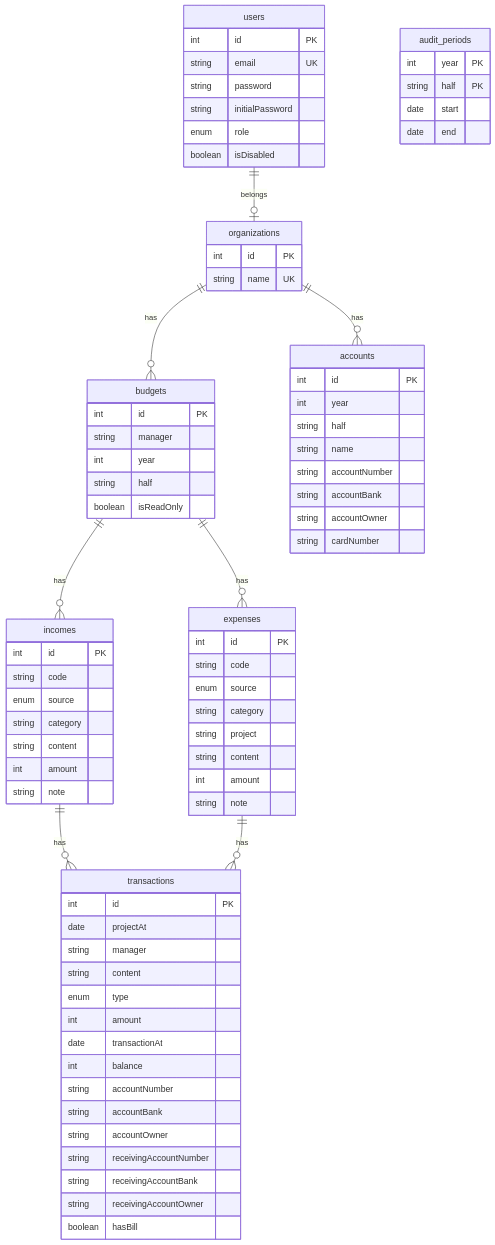
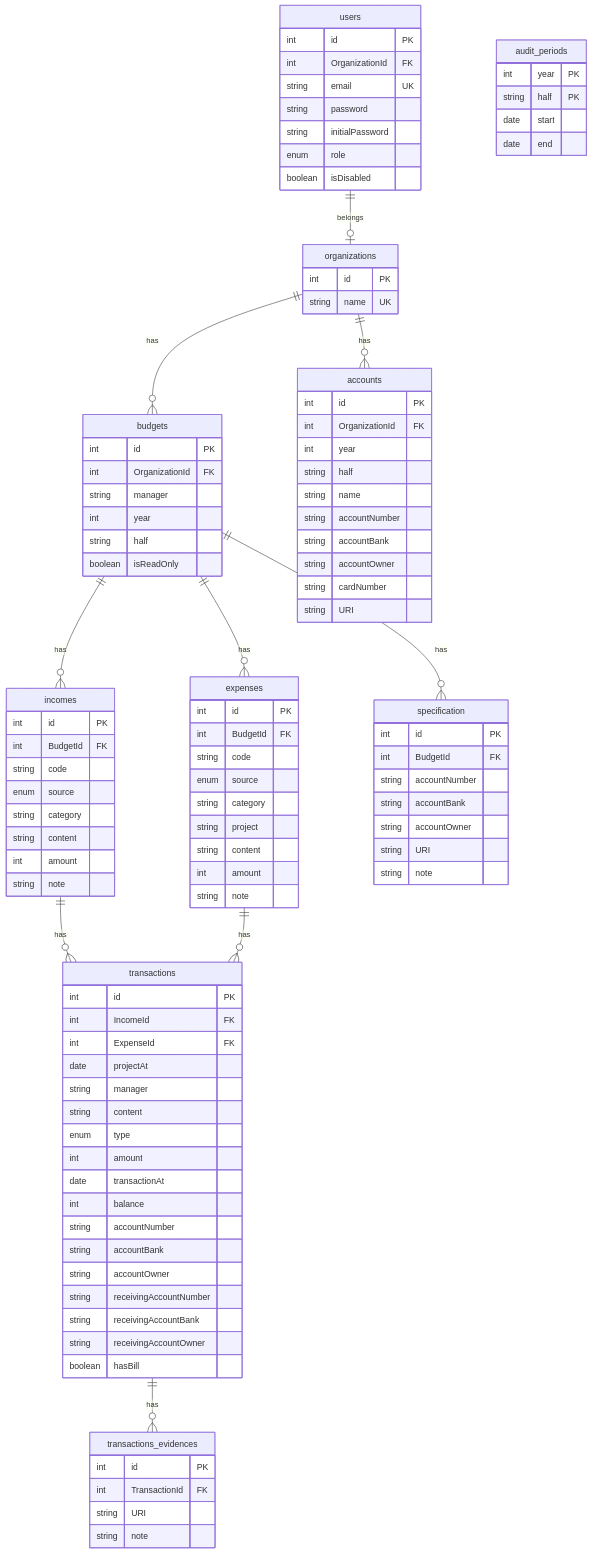
One commit to tnqja0227/board-of-audit-and-inspection-system changed the first of 2 diagrams in README.md. Above: the diagram before and after it, drawn with Mermaid.

````diff
--- a/README.md
+++ b/README.md
@@ -35,6 +35,7 @@
     users ||--o| organizations : belongs
     users {
         int id PK
+        int OrganizationId FK
         string email UK
         string password
         string initialPassword
@@ -44,6 +45,7 @@
     organizations ||--o{ budgets: has
     budgets {
         int id PK
+        int OrganizationId FK
         string manager
         int year
         string half
@@ -52,6 +54,7 @@
     budgets ||--o{ incomes: has
     incomes {
         int id PK
+        int BudgetId FK
         string code
         enum source
         string category
@@ -60,8 +63,19 @@
         string note
     }
     budgets ||--o{ expenses: has
+    budgets ||--o{ specification: has
+    specification {
+        int id PK
+        int BudgetId FK
+        string accountNumber
+        string accountBank
+        string accountOwner
+        string URI
+        string note
+    }
     expenses {
         int id PK
+        int BudgetId FK
         string code
         enum source
         string category
@@ -74,6 +88,8 @@
     expenses ||--o{ transactions: has
     transactions {
         int id PK
+        int IncomeId FK
+        int ExpenseId FK
         date projectAt
         string manager
         string content
@@ -89,6 +105,13 @@
         string receivingAccountOwner
         boolean hasBill
     }
+    transactions ||--o{ transactions_evidences: has
+    transactions_evidences {
+        int id PK
+        int TransactionId FK
+        string URI
+        string note
+    }
     audit_periods {
         int year PK
         string half PK
@@ -98,6 +121,7 @@
     organizations ||--o{ accounts : has
     accounts {
         int id PK
+        int OrganizationId FK
         int year
         string half
         string name
@@ -105,5 +129,6 @@
         string accountBank
         string accountOwner
         string cardNumber
+        string URI
     }
 ```
````
